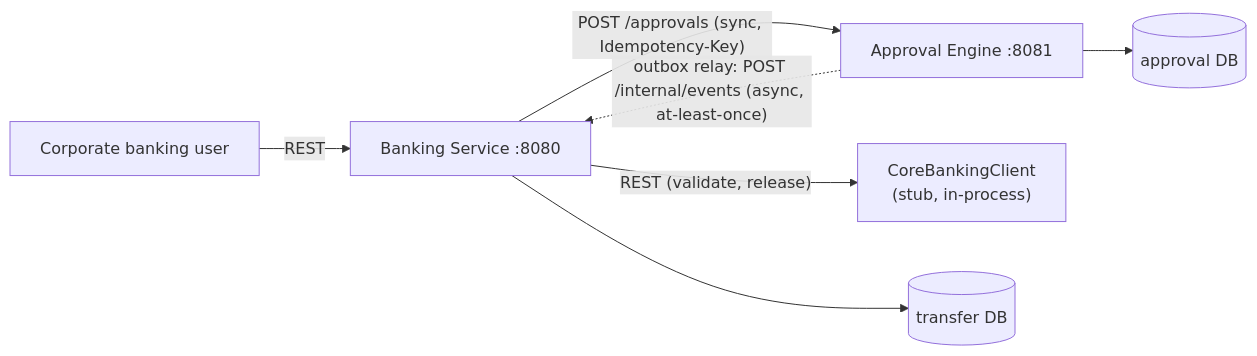
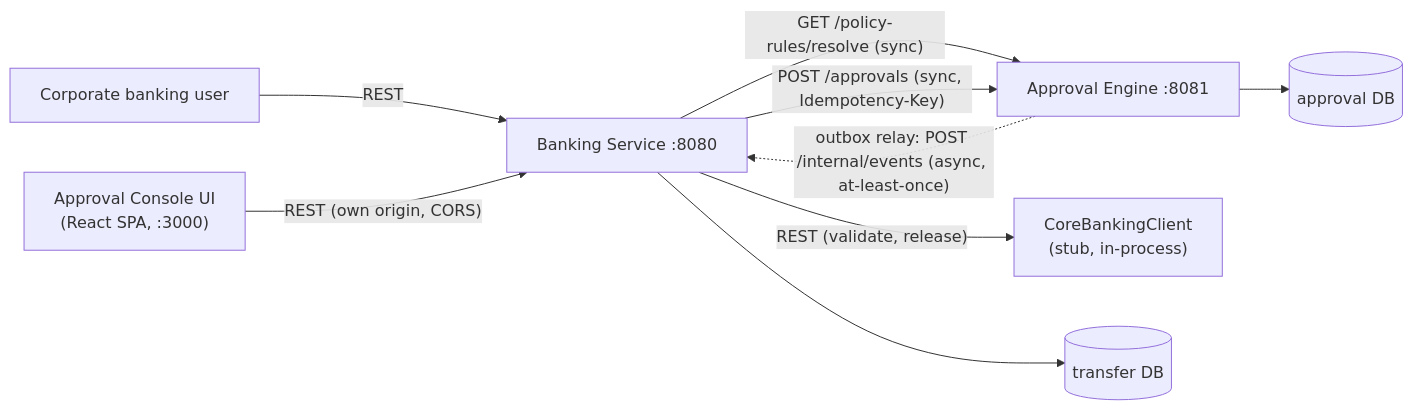
Before and after one commit to skcchoudhary21/vision-hld: the diagram in docs/hld.md, drawn with Mermaid. The commit also changed other lines of this file and 11 other files, not shown here.

First line of the commit message:
feat: maker notifications on approval outcomes, fix reject idempotency

````diff
--- a/docs/hld.md
+++ b/docs/hld.md
@@ -16,9 +16,11 @@
 ```mermaid
 flowchart LR
     User["Corporate banking user"] -->|"REST"| TS["Banking Service :8080"]
-    TS -->|"POST /approvals (sync, Idempotency-Key)"| AE["Approval Engine :8081"]
+    UI["Approval Console UI\n(React SPA, :3000)"] -->|"REST (own origin, CORS)"| TS
+    TS -->|"GET /policy-rules/resolve (sync)"| AE["Approval Engine :8081"]
+    TS -->|"POST /approvals (sync, Idempotency-Key)"| AE
     AE -.->|"outbox relay: POST /internal/events (async, at-least-once)"| TS
     TS -->|"REST (validate, release)"| CB["CoreBankingClient\n(stub, in-process)"]
     TS --> TDB[("transfer DB")]
     AE --> ADB[("approval DB")]
 ```
````
